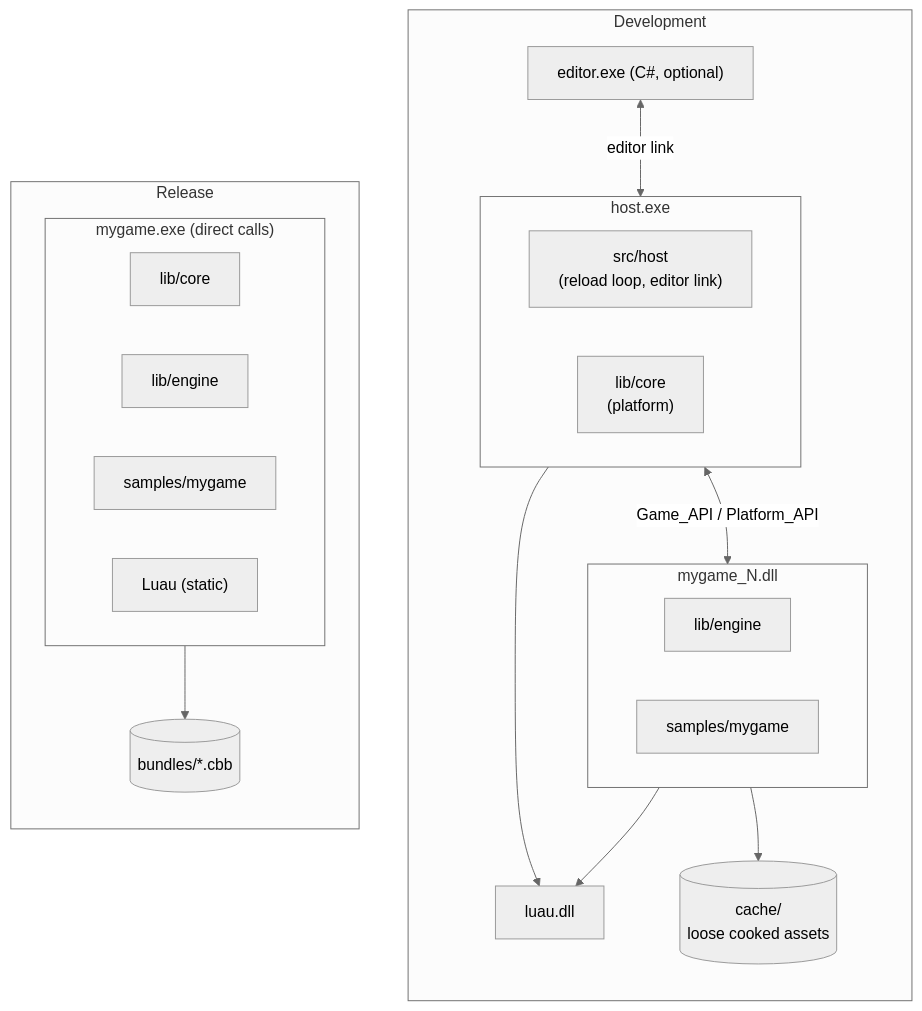
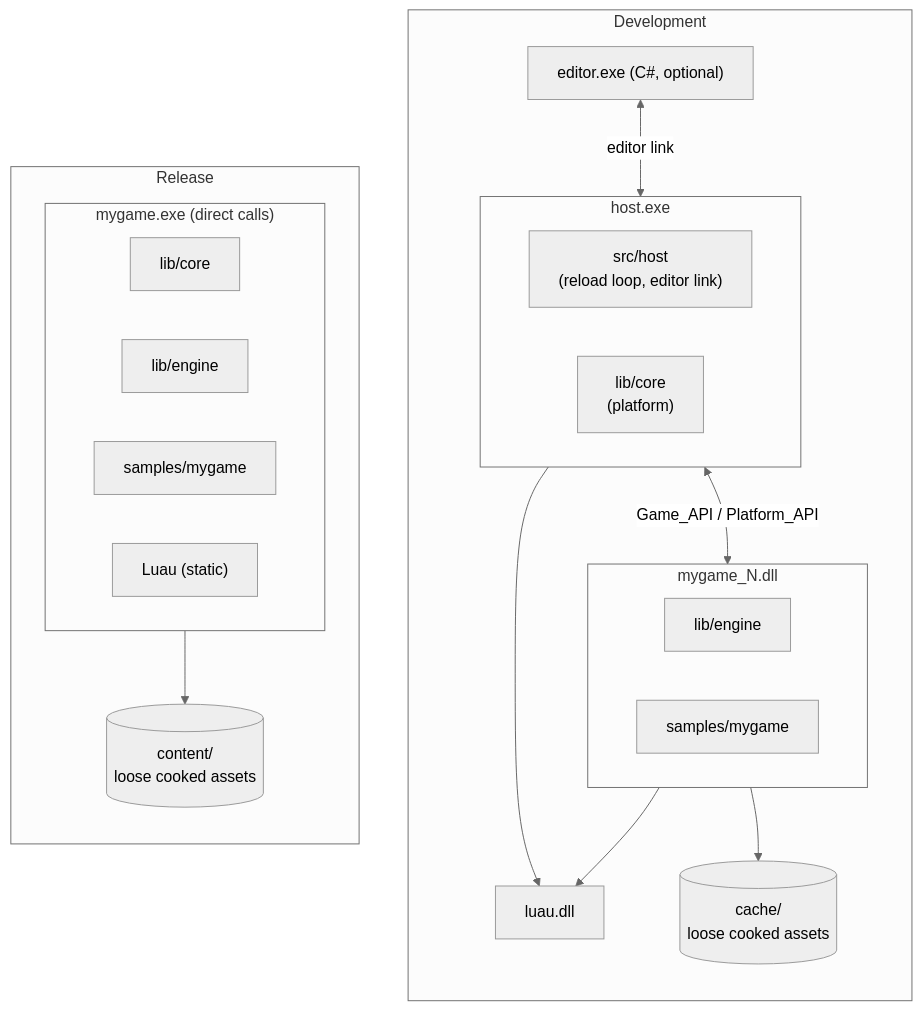
Before and after one commit to aszecsei/cinnabar: the diagram in docs/overview/README.md, drawn with Mermaid (neutral theme). The commit also changed other lines of this file and 64 other files, not shown here.

````diff
--- a/docs/overview/README.md
+++ b/docs/overview/README.md
@@ -23,34 +23,34 @@
 ```mermaid
 flowchart TB
     subgraph DEV["Development"]
         direction TB
         EDITOR["editor.exe (C#, optional)"]
         subgraph HOSTEXE["host.exe"]
             HOST["src/host<br/>(reload loop, editor link)"]
             DEVCORE["lib/core<br/>(platform)"]
         end
         subgraph DLL["mygame_N.dll"]
             DEVENGINE["lib/engine"]
             DEVGAME["samples/mygame"]
         end
         EDITOR <-->|"editor link"| HOSTEXE
         HOSTEXE <-->|"Game_API / Platform_API"| DLL
         LUAU["luau.dll"]
         HOSTEXE --> LUAU
         DLL --> LUAU
         CACHE[("cache/<br/>loose cooked assets")]
         DLL --> CACHE
     end
 
     subgraph REL["Release"]
         direction TB
         subgraph EXE["mygame.exe (direct calls)"]
             RELCORE["lib/core"]
             RELENGINE["lib/engine"]
             RELGAME["samples/mygame"]
             RELLUAU["Luau (static)"]
         end
-        BUNDLES[("bundles/*.cbb")]
-        EXE --> BUNDLES
+        RELCACHE[("content/<br/>loose cooked assets")]
+        EXE --> RELCACHE
     end
 ```
````
